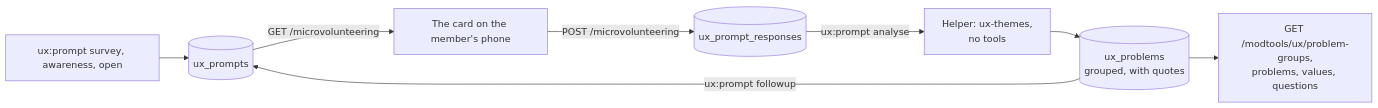
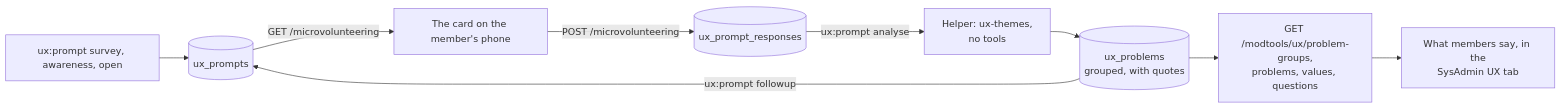
One commit to Freegle/FreegleDocker changed the diagram in docs/developers/reference/ux-member-surveys.md. Above: the diagram before and after it, drawn with Mermaid. The commit also changed other lines of this file and 1 other file, not shown here.

First line of the commit message:
Member surveys tab: the docs say how the section works and how to read it

````diff
--- a/docs/developers/reference/ux-member-surveys.md
+++ b/docs/developers/reference/ux-member-surveys.md
@@ -38,10 +60,11 @@
 ```mermaid
 flowchart LR
     O["ux:prompt survey, awareness, open"] --> P[("ux_prompts")]
     P -->|"GET /microvolunteering"| C["The card on the member's phone"]
     C -->|"POST /microvolunteering"| R[("ux_prompt_responses")]
     R -->|"ux:prompt analyse"| H["Helper: ux-themes,<br/>no tools"]
     H --> G[("ux_problems<br/>grouped, with quotes")]
     G -->|"ux:prompt followup"| P
     G --> A["GET /modtools/ux/problem-groups,<br/>problems, values, questions"]
+    A --> T["What members say, in the<br/>SysAdmin UX tab"]
 ```
````
